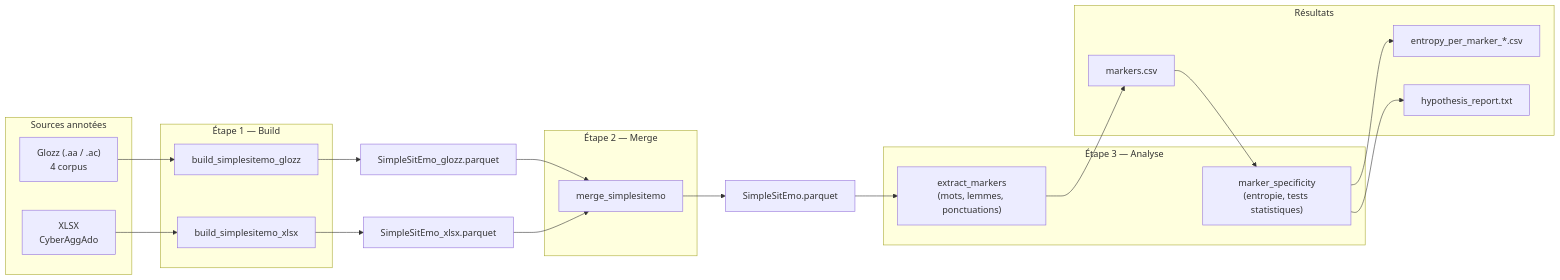
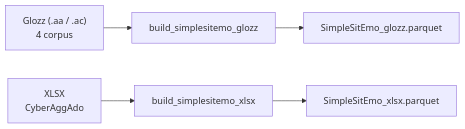
The second of 4 diagrams in README.md (GwenTsang/ExpressionEmotionnelle), drawn with Mermaid before and after one commit. The commit also changed other lines of this file, not shown here.

````diff
--- a/README.md
+++ b/README.md
@@ -142,37 +136,8 @@
 ```mermaid
 flowchart LR
-    subgraph Sources ["Sources annotées"]
-        G["Glozz (.aa / .ac)\n4 corpus"]
-        X["XLSX\nCyberAggAdo"]
-    end
+    G["Glozz (.aa / .ac)\n4 corpus"] --> BG["build_simplesitemo_glozz"]
+    BG --> PG["SimpleSitEmo_glozz.parquet"]
 
-    subgraph Étape_1 ["Étape 1 — Build"]
-        BG["build_simplesitemo_glozz"]
-        BX["build_simplesitemo_xlsx"]
-    end
-
-    subgraph Étape_2 ["Étape 2 — Merge"]
-        M["merge_simplesitemo"]
-    end
-
-    subgraph Étape_3 ["Étape 3 — Analyse"]
-        EM["extract_markers\n(mots, lemmes, ponctuations)"]
-        SP["marker_specificity\n(entropie, tests statistiques)"]
-    end
-
-    subgraph Sorties ["Résultats"]
-        MK["markers.csv"]
-        EN["entropy_per_marker_*.csv"]
-        HR["hypothesis_report.txt"]
-    end
-
-    G --> BG --> PG["SimpleSitEmo_glozz.parquet"]
-    X --> BX --> PX["SimpleSitEmo_xlsx.parquet"]
-    PG --> M
-    PX --> M
-    M --> SS["SimpleSitEmo.parquet"]
-    SS --> EM --> MK
-    MK --> SP
-    SP --> EN
-    SP --> HR
+    X["XLSX\nCyberAggAdo"] --> BX["build_simplesitemo_xlsx"]
+    BX --> PX["SimpleSitEmo_xlsx.parquet"]
 ```
````
